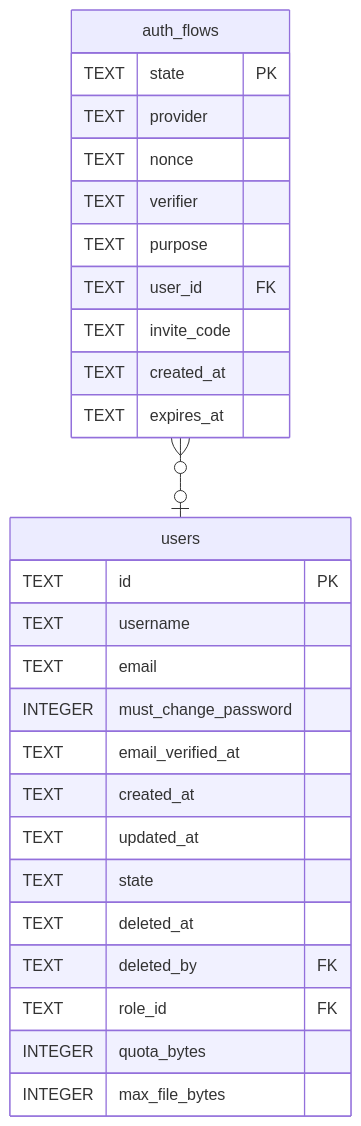
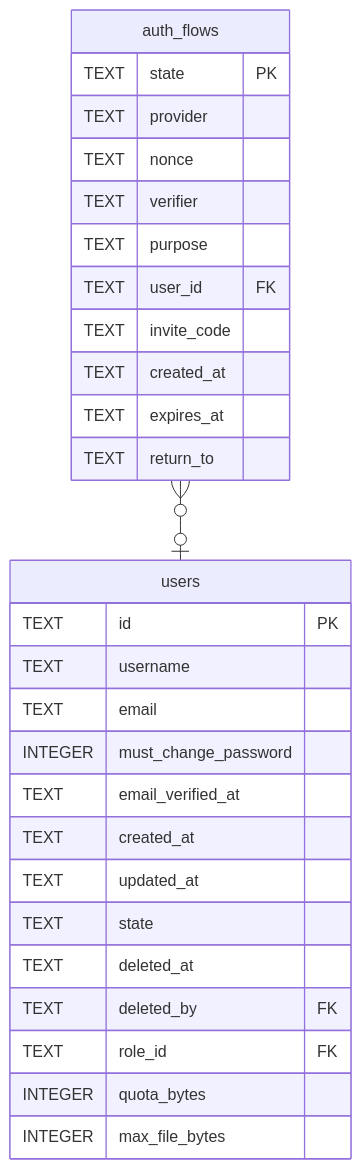
One commit to Limatura/tessera changed the diagram in docs/schema/auth_flows.md. Above: the diagram before and after it, drawn with Mermaid. The commit also changed other lines of this file and 22 other files, not shown here.

````diff
--- a/docs/schema/auth_flows.md
+++ b/docs/schema/auth_flows.md
@@ -65,32 +66,33 @@
 ```mermaid
 erDiagram
 
 "auth_flows" }o--o| "users" : ""
 
 "auth_flows" {
   TEXT state PK
   TEXT provider
   TEXT nonce
   TEXT verifier
   TEXT purpose
   TEXT user_id FK
   TEXT invite_code
   TEXT created_at
   TEXT expires_at
+  TEXT return_to
 }
 "users" {
   TEXT id PK
   TEXT username
   TEXT email
   INTEGER must_change_password
   TEXT email_verified_at
   TEXT created_at
   TEXT updated_at
   TEXT state
   TEXT deleted_at
   TEXT deleted_by FK
   TEXT role_id FK
   INTEGER quota_bytes
   INTEGER max_file_bytes
 }
 ```
````
